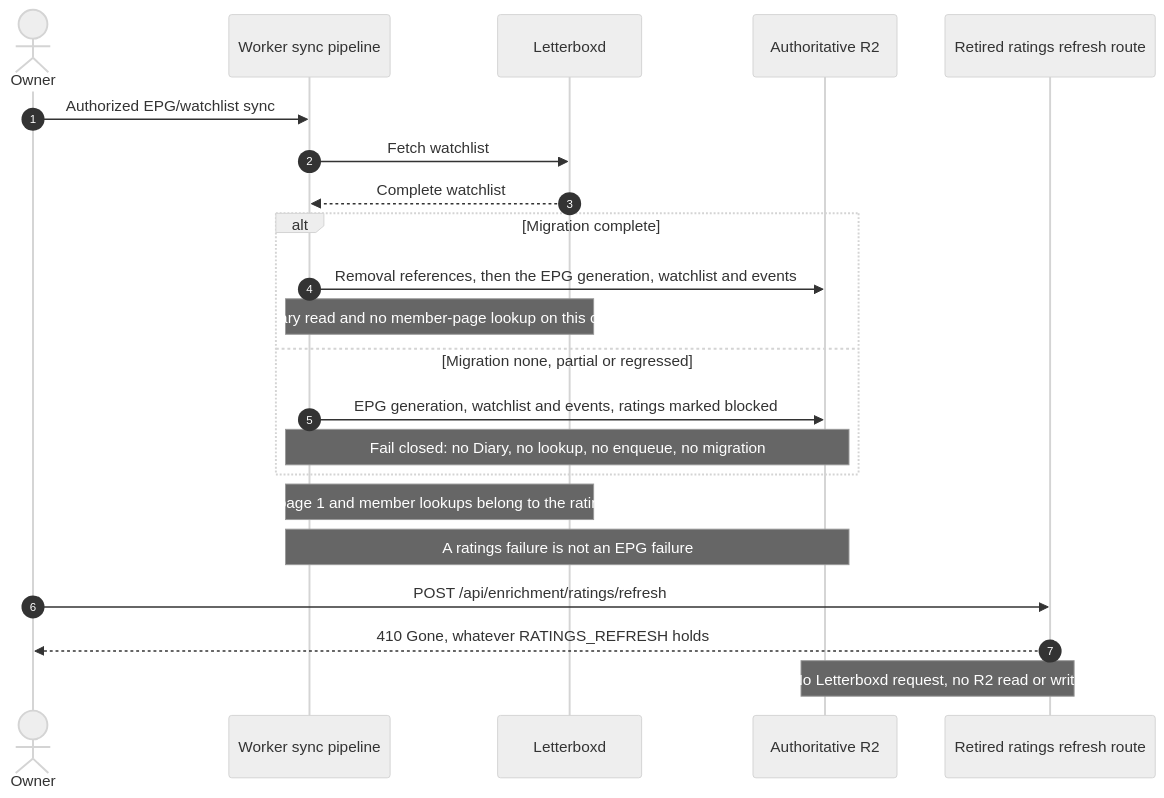
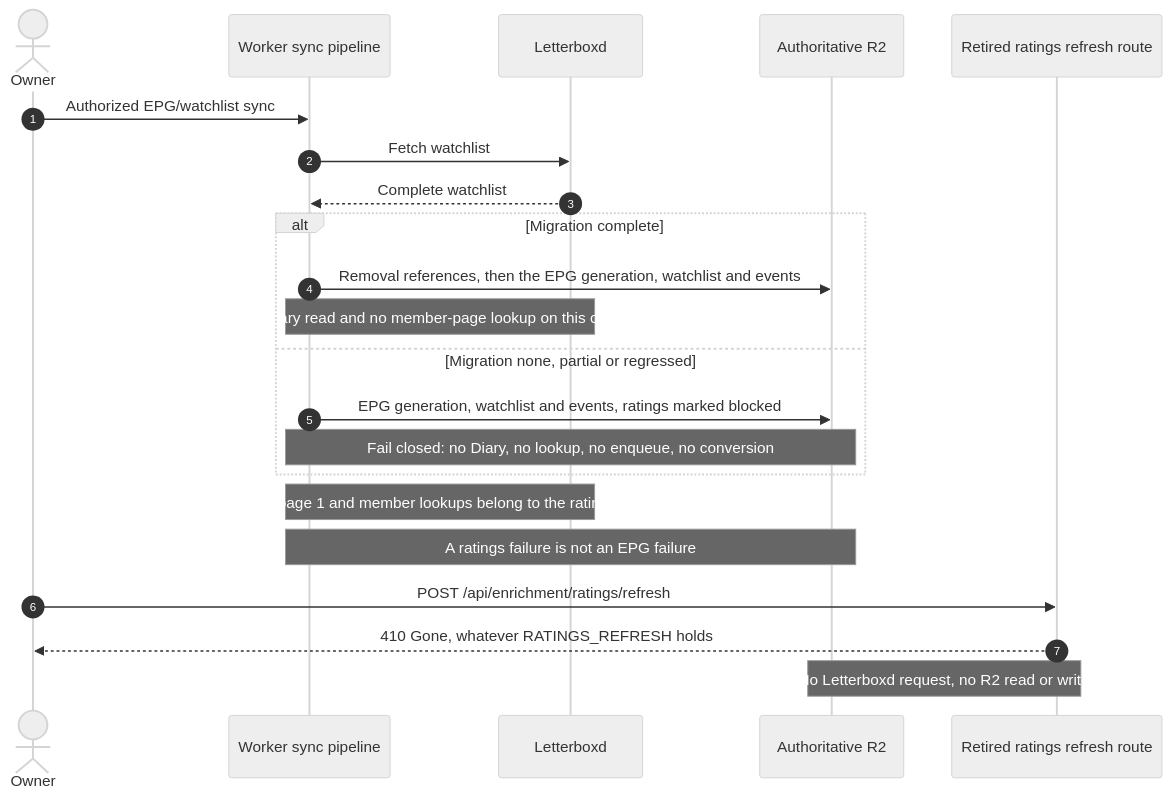
Before and after one commit to vladimino/iptv-watchlist: the first of 4 diagrams in docs/architecture/letterboxd-ingestion.md, drawn with Mermaid (neutral theme). The commit also changed other lines of this file and 37 other files, not shown here.

First line of the commit message:
Retire ratings storage migration tool; gate pipeline on storage schema (AIR-79 D-3)

````diff
--- a/docs/architecture/letterboxd-ingestion.md
+++ b/docs/architecture/letterboxd-ingestion.md
@@ -5,24 +5,24 @@
 ```mermaid
 sequenceDiagram
     autonumber
     actor Owner
     participant Sync as Worker sync pipeline
     participant LB as Letterboxd
     participant R2 as Authoritative R2
     participant Retired as Retired ratings refresh route
     Owner->>Sync: Authorized EPG/watchlist sync
     Sync->>LB: Fetch watchlist
     LB-->>Sync: Complete watchlist
     alt Migration complete
         Sync->>R2: Removal references, then the EPG generation, watchlist and events
         Note over Sync,LB: No Diary read and no member-page lookup on this commit
     else Migration none, partial or regressed
         Sync->>R2: EPG generation, watchlist and events, ratings marked blocked
-        Note over Sync,R2: Fail closed: no Diary, no lookup, no enqueue, no migration
+        Note over Sync,R2: Fail closed: no Diary, no lookup, no enqueue, no conversion
     end
     Note over Sync,LB: Diary page 1 and member lookups belong to the ratings run
     Note over Sync,R2: A ratings failure is not an EPG failure
     Owner->>Retired: POST /api/enrichment/ratings/refresh
     Retired-->>Owner: 410 Gone, whatever RATINGS_REFRESH holds
     Note over Retired,R2: No Letterboxd request, no R2 read or write
 ```
````
